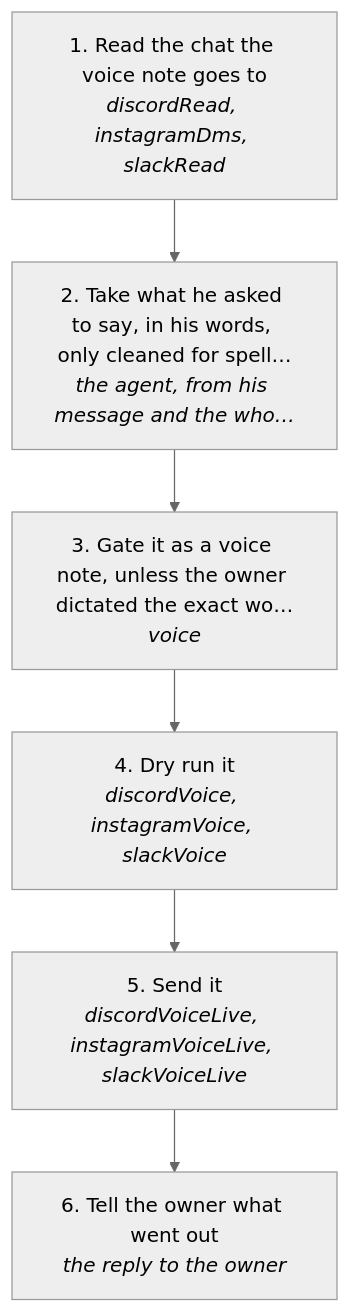
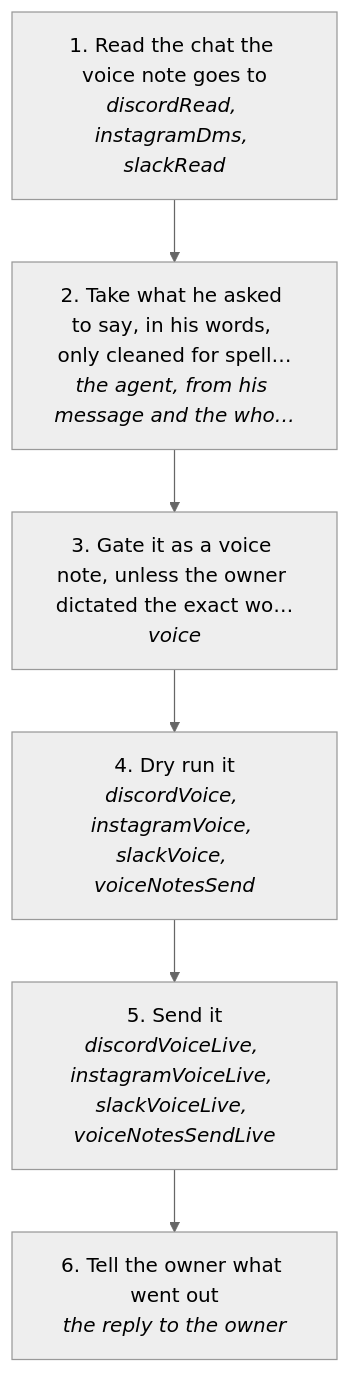
Before and after one commit to matthewdonsemail-lab/log: the diagram in docs/useCases/inbox/voiceNote.md, drawn with Mermaid (neutral theme). The commit also changed other lines of this file and 150 other files, not shown here.

````diff
--- a/docs/useCases/inbox/voiceNote.md
+++ b/docs/useCases/inbox/voiceNote.md
@@ -14,14 +14,14 @@
 ```mermaid
 flowchart TD
   s0["1. Read the chat the voice note goes to<br/><i>discordRead, instagramDms, slackRead</i>"]
   s1["2. Take what he asked to say, in his words, only cleaned for spell…<br/><i>the agent, from his message and the who…</i>"]
   s2["3. Gate it as a voice note, unless the owner dictated the exact wo…<br/><i>voice</i>"]
-  s3["4. Dry run it<br/><i>discordVoice, instagramVoice, slackVoice</i>"]
-  s4["5. Send it<br/><i>discordVoiceLive, instagramVoiceLive, slackVoiceLive</i>"]
+  s3["4. Dry run it<br/><i>discordVoice, instagramVoice, slackVoice, voiceNotesSend</i>"]
+  s4["5. Send it<br/><i>discordVoiceLive, instagramVoiceLive, slackVoiceLive, voiceNotesSendLive</i>"]
   s5["6. Tell the owner what went out<br/><i>the reply to the owner</i>"]
   s0 --> s1
   s1 --> s2
   s2 --> s3
   s3 --> s4
   s4 --> s5
 ```
````
